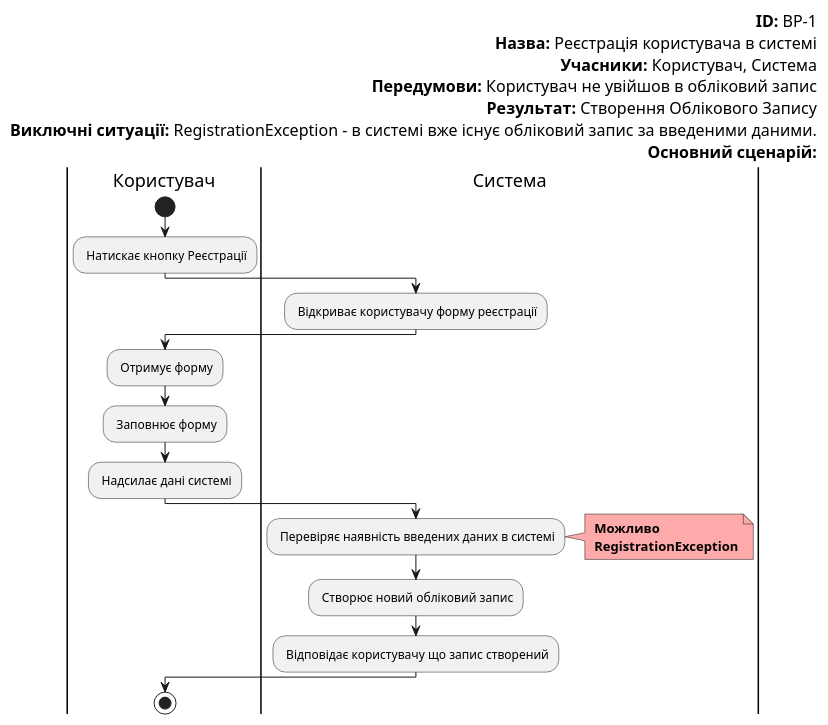
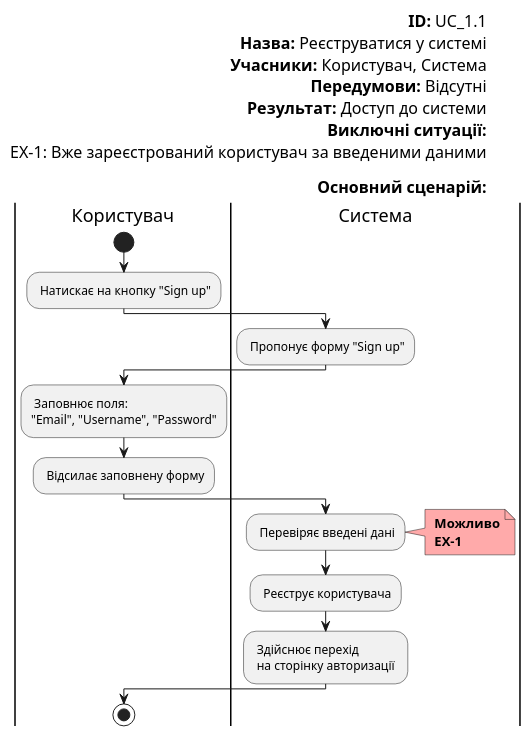
The fifth of 19 diagrams in docs/use cases/README.md (edu-db/edu_db_labs), drawn with PlantUML before and after one commit. The commit also changed other lines of this file, not shown here.

```diff
--- a/docs/use cases/README.md
+++ b/docs/use cases/README.md
@@ -160,37 +157,33 @@
 @startuml
 
     left header
-<font color=000 size=16><b>ID:</b> ВP-1
-<font color=000 size=16><b>Назва:</b> Реєстрація користувача в системі
-<font color=000 size=16><b>Учасники:</b> Користувач, Система
-<font color=000 size=16><b>Передумови:</b> Користувач не увійшов в обліковий запис
-<font color=000 size=16><b>Результат:</b> Створення Облікового Запису
-<font color=000 size=16><b>Виключні ситуації:</b> RegistrationException - в системі вже існує обліковий запис за введеними даними.  
-<font color=000 size=16><b>Основний сценарій:</b>
+    <font color=000 size=16><b>ID:</b> UC_1.1
+    <font color=000 size=16><b>Назва:</b> Реєструватися у системі
+    <font color=000 size=16><b>Учасники:</b> Користувач, Система
+    <font color=000 size=16><b>Передумови:</b> Відсутні
+    <font color=000 size=16><b>Результат:</b> Доступ до системи
+    <font color=000 size=16><b>Виключні ситуації:</b>
+    <font color=000 size=16>EX-1: Вже зареєстрований користувач за введеними даними
+    
+    <font color=000 size=16><b>Основний сценарій:</b>
 end header
 
-|Користувач|
-    start
-    : Натискає кнопку Реєстрації;
-|Система|
-    : Відкриває користувачу форму реєстрації;
-|Користувач|
-    : Отримує форму;
-|Користувач|
-    : Заповнює форму;
-|Користувач|
-    : Надсилає дані системі;
-|Система|   
-    : Перевіряє наявність введених даних в системі;
-    note right #ffaaaa
-    <b> Можливо
-    <b> RegistrationException
-    end note
-
-|Система|   
-    : Створює новий обліковий запис;
-    : Відповідає користувачу що запис створений;
-    
-|Користувач|
-    stop;
+    |Користувач|
+        start
+        : Натискає на кнопку "Sign up";
+    |Система|
+        : Пропонує форму "Sign up";
+    |Користувач|
+        : Заповнює поля:\n"Email", "Username", "Password";
+        : Відсилає заповнену форму;
+    |Система|
+        : Перевіряє введені дані;
+        note right #ffaaaa
+        <b> Можливо
+        <b> EX-1
+        end note
+        : Реєструє користувача;
+        : Здійснює перехід\n на сторінку авторизації ;
+    |Користувач|
+        stop;
 @enduml
```
